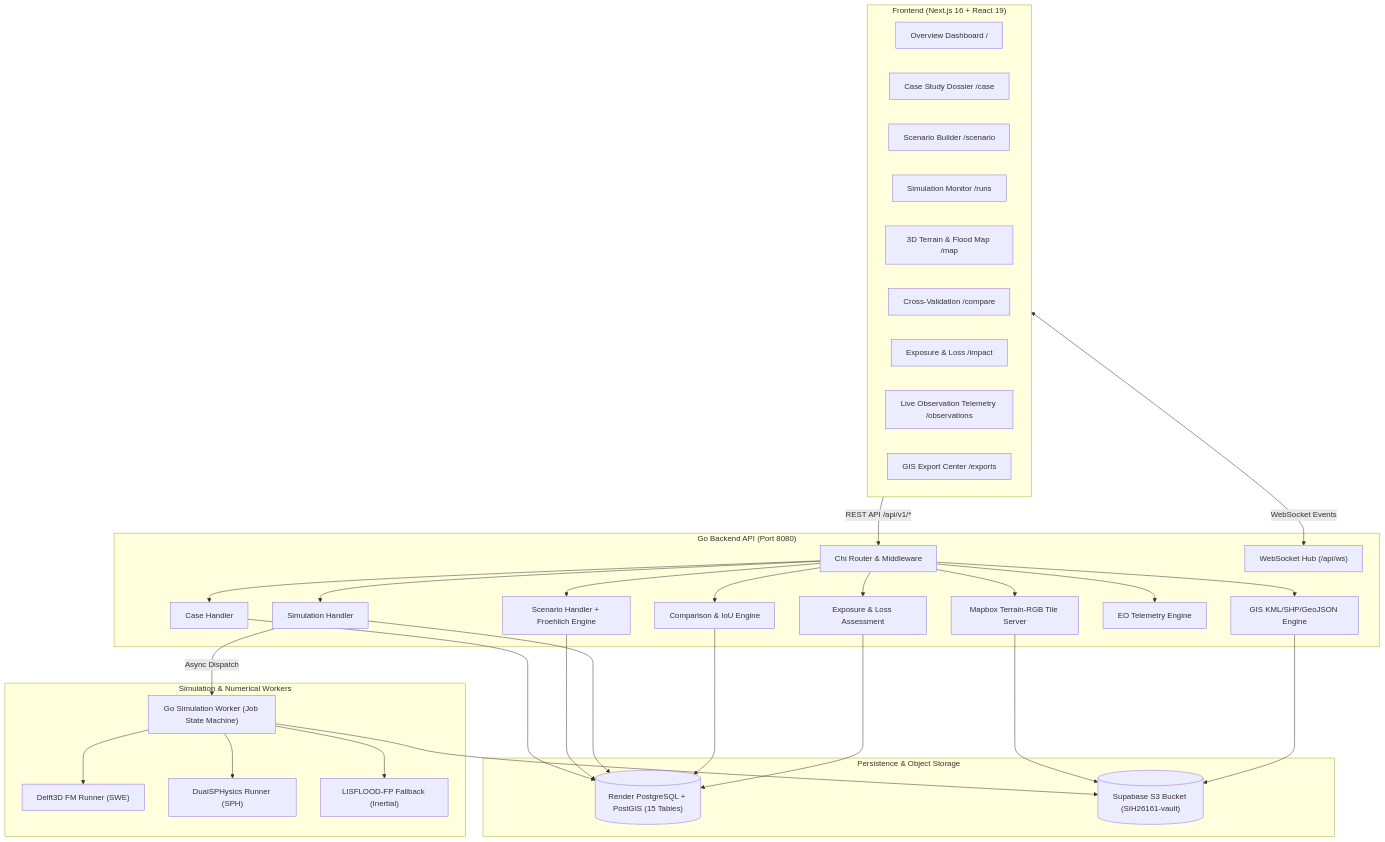
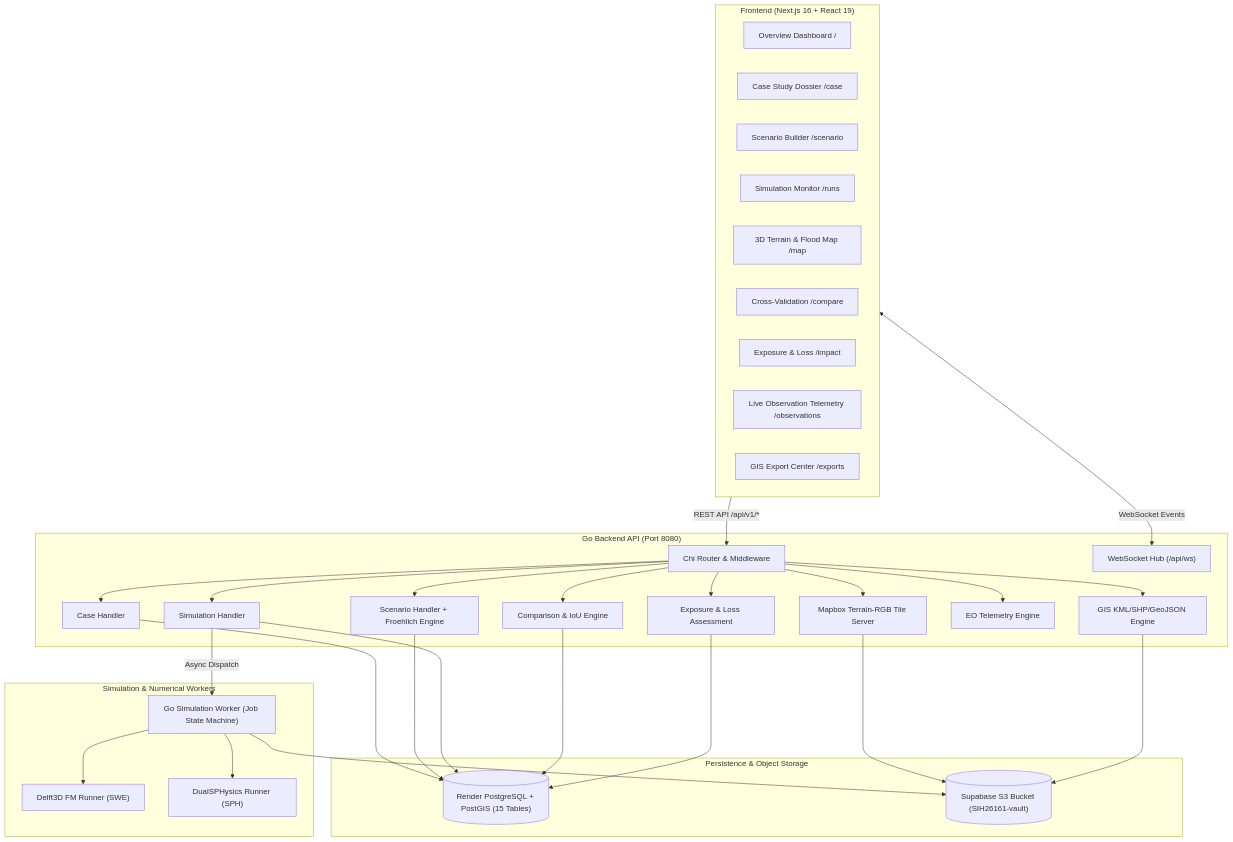
One commit to adityajha-coder/SIH26161 changed the diagram in docs/architecture/overview.md. Above: the diagram before and after it, drawn with Mermaid. The commit also changed 11 other files, not shown here.

````diff
--- a/docs/architecture/overview.md
+++ b/docs/architecture/overview.md
@@ -3,47 +3,46 @@
 ```mermaid
 graph TD
     subgraph UI ["Frontend (Next.js 16 + React 19)"]
         Dashboard["Overview Dashboard /"]
         CaseStudy["Case Study Dossier /case"]
         ScenarioBuilder["Scenario Builder /scenario"]
         RunMonitor["Simulation Monitor /runs"]
         FloodMap["3D Terrain & Flood Map /map"]
         Compare["Cross-Validation /compare"]
         Impact["Exposure & Loss /impact"]
         EO["Live Observation Telemetry /observations"]
         Export["GIS Export Center /exports"]
     end
 
     subgraph API ["Go Backend API (Port 8080)"]
         Router["Chi Router & Middleware"]
         WSHub["WebSocket Hub (/api/ws)"]
         CaseH["Case Handler"]
         ScenH["Scenario Handler + Froehlich Engine"]
         SimH["Simulation Handler"]
         TileH["Mapbox Terrain-RGB Tile Server"]
         CompH["Comparison & IoU Engine"]
         ImpactH["Exposure & Loss Assessment"]
         ObsH["EO Telemetry Engine"]
         ExportH["GIS KML/SHP/GeoJSON Engine"]
     end
 
     subgraph Worker ["Simulation & Numerical Workers"]
         SimWorker["Go Simulation Worker (Job State Machine)"]
         DelftRunner["Delft3D FM Runner (SWE)"]
         SPHRunner["DualSPHysics Runner (SPH)"]
-        LisfloodRunner["LISFLOOD-FP Fallback (Inertial)"]
     end
 
     subgraph DataStore ["Persistence & Object Storage"]
         Postgres[("Render PostgreSQL + PostGIS (15 Tables)")]
         S3Storage[("Supabase S3 Bucket (SIH26161-vault)")]
     end
 
     UI -->|REST API /api/v1/*| Router
     UI <-->|WebSocket Events| WSHub
     Router --> CaseH & ScenH & SimH & TileH & CompH & ImpactH & ObsH & ExportH
     SimH -->|Async Dispatch| SimWorker
-    SimWorker --> DelftRunner & SPHRunner & LisfloodRunner
+    SimWorker --> DelftRunner & SPHRunner
     CaseH & ScenH & SimH & CompH & ImpactH --> Postgres
     TileH & SimWorker & ExportH --> S3Storage
 ```
````
